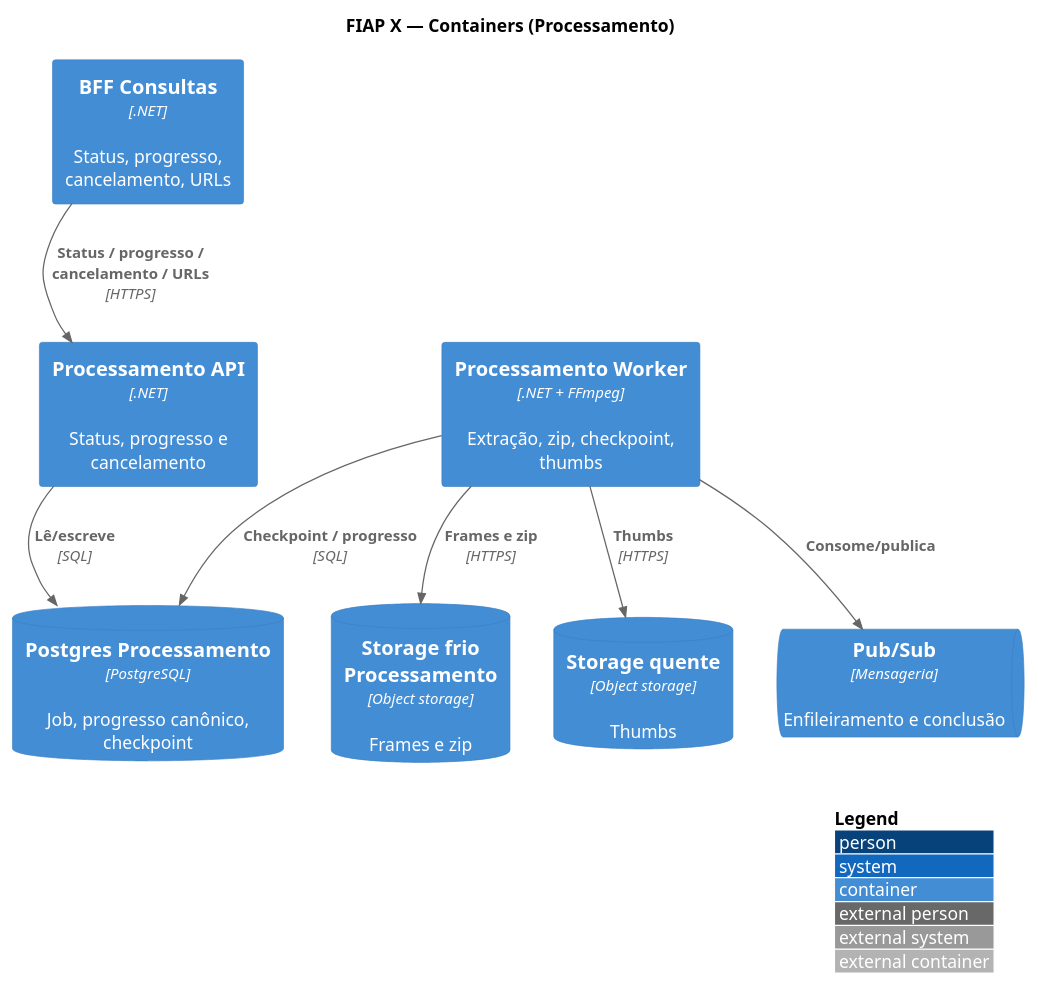
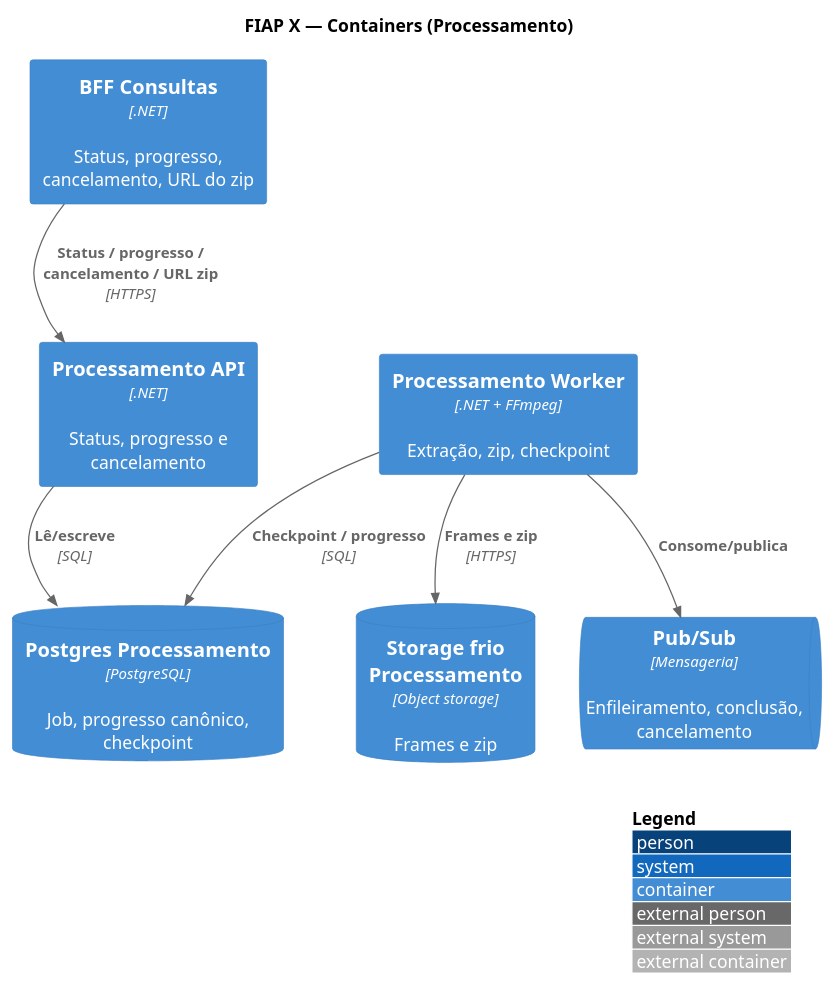
The diagram in arquitetura/04_containers-processamento.puml (fiap-x-vcosta/docs), drawn with PlantUML before and after one commit. The commit also changed 13 other files, not shown here.

First line of the commit message:
docs: thumbs no Upload, cancel via Pub/Sub e BFF enxuto

```diff
--- a/arquitetura/04_containers-processamento.puml
+++ b/arquitetura/04_containers-processamento.puml
@@ -1,31 +1,28 @@
 @startuml 04_containers-processamento
 !include https://raw.githubusercontent.com/plantuml-stdlib/C4-PlantUML/master/C4_Container.puml
 
 LAYOUT_WITH_LEGEND()
 LAYOUT_TOP_DOWN()
 
 title FIAP X — Containers (Processamento)
 
-Container(bff, "BFF Consultas", ".NET", "Status, progresso, cancelamento, URLs")
+Container(bff, "BFF Consultas", ".NET", "Status, progresso, cancelamento, URL do zip")
 Container(procApi, "Processamento API", ".NET", "Status, progresso e cancelamento")
-Container(procWorker, "Processamento Worker", ".NET + FFmpeg", "Extração, zip, checkpoint, thumbs")
+Container(procWorker, "Processamento Worker", ".NET + FFmpeg", "Extração, zip, checkpoint")
 ContainerDb(pgProc, "Postgres Processamento", "PostgreSQL", "Job, progresso canônico, checkpoint")
 ContainerDb(frioProc, "Storage frio Processamento", "Object storage", "Frames e zip")
-ContainerDb(quente, "Storage quente", "Object storage", "Thumbs")
-ContainerQueue(pubsub, "Pub/Sub", "Mensageria", "Enfileiramento e conclusão")
+ContainerQueue(pubsub, "Pub/Sub", "Mensageria", "Enfileiramento, conclusão, cancelamento")
 
-Rel(bff, procApi, "Status / progresso / cancelamento / URLs", "HTTPS")
+Rel(bff, procApi, "Status / progresso / cancelamento / URL zip", "HTTPS")
 Rel(procApi, pgProc, "Lê/escreve", "SQL")
 Rel(procWorker, pgProc, "Checkpoint / progresso", "SQL")
 Rel(procWorker, pubsub, "Consome/publica")
 Rel(procWorker, frioProc, "Frames e zip", "HTTPS")
-Rel(procWorker, quente, "Thumbs", "HTTPS")
 
 Lay_D(bff, procApi)
 Lay_R(procApi, procWorker)
 Lay_D(procApi, pgProc)
 Lay_D(procWorker, frioProc)
-Lay_R(frioProc, quente)
 Lay_R(procWorker, pubsub)
 
 @enduml
```
